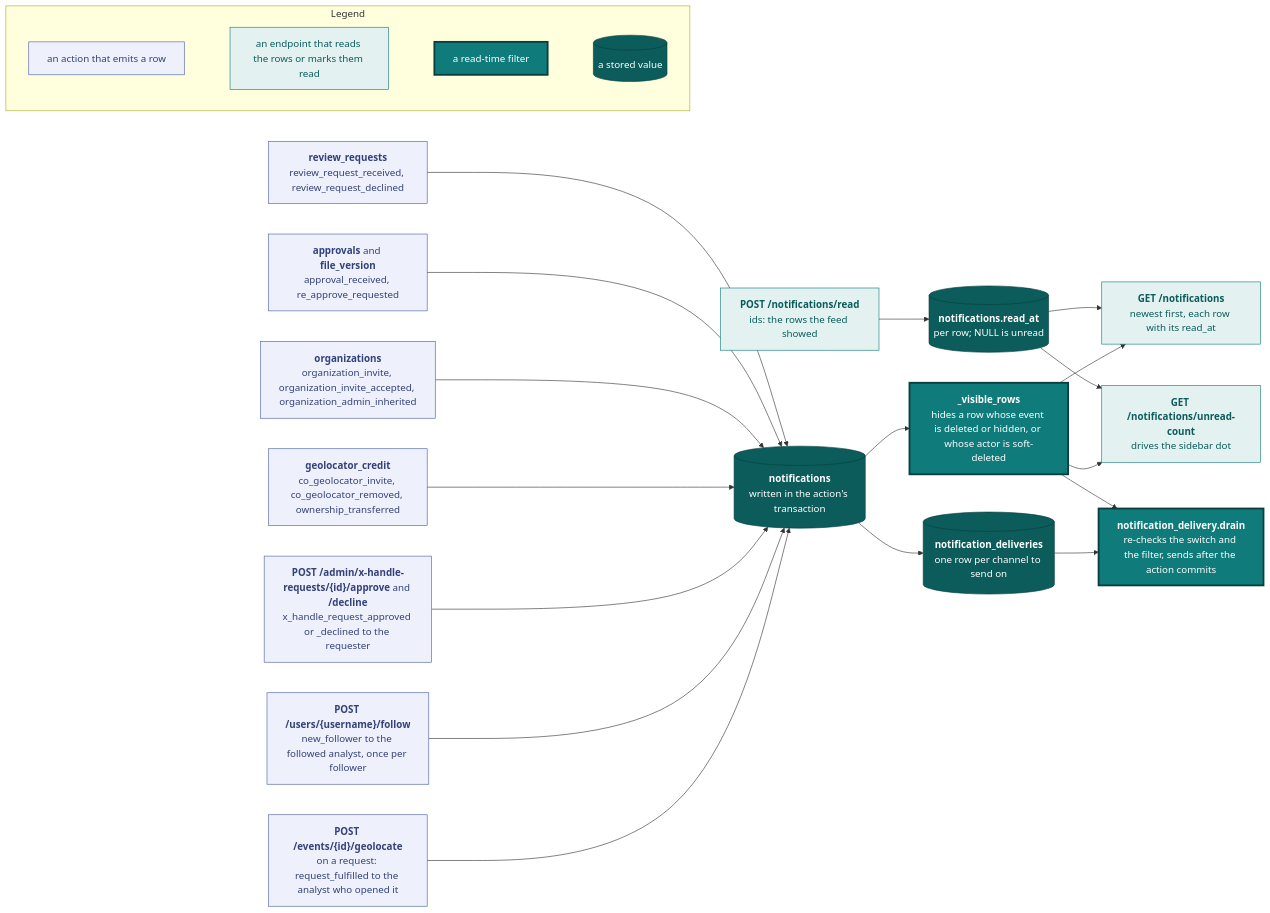
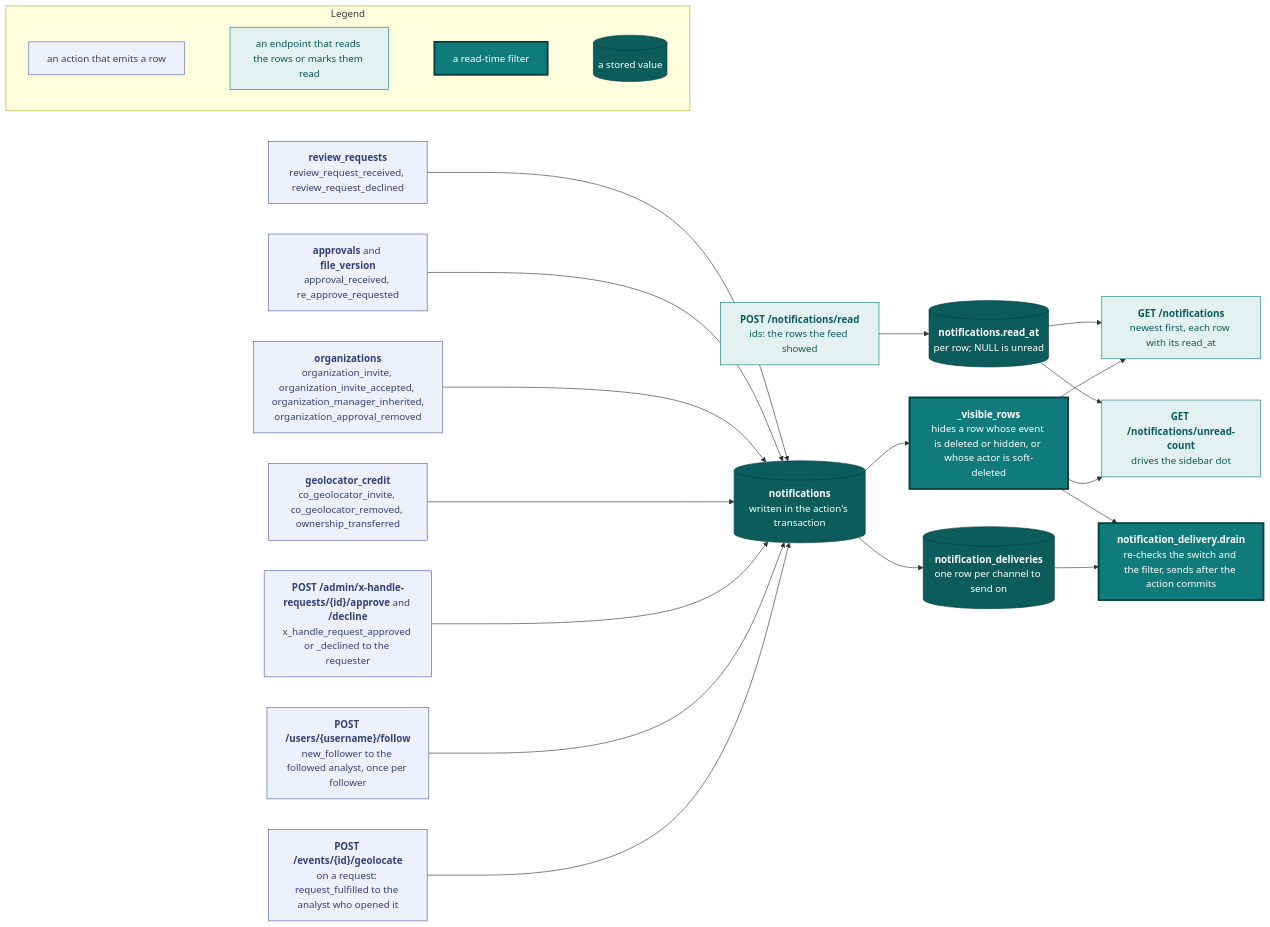
The seventh of 8 diagrams in docs/api.md (vidithq/vidit), drawn with Mermaid before and after one commit. The commit also changed other lines of this file and 120 other files, not shown here.

````diff
--- a/docs/api.md
+++ b/docs/api.md
@@ -2504,63 +2520,64 @@
 ```mermaid
 flowchart LR
   classDef spec fill:#eef1fb,stroke:#4a5fa5,color:#33417a
   classDef shared fill:#e3f2f1,stroke:#0f7b7a,color:#0b5c5b
   classDef core fill:#0f7b7a,stroke:#083f3e,stroke-width:3px,color:#ffffff
   classDef store fill:#0b5c5b,stroke:#083f3e,color:#ffffff
 
   subgraph legend [Legend]
     direction LR
     l1["`an action that emits a row`"]:::spec
     l2["`an endpoint that reads the rows or marks them read`"]:::shared
     l3["`a read-time filter`"]:::core
     l4[("`a stored value`")]:::store
     l1 ~~~ l2 ~~~ l3 ~~~ l4
   end
 
   geolocate["`**POST /events/{id}/geolocate**
   on a request: request_fulfilled to the analyst who opened it`"]:::spec
   follow["`**POST /users/{username}/follow**
   new_follower to the followed analyst, once per follower`"]:::spec
   xhandle["`**POST /admin/x-handle-requests/{id}/approve** and **/decline**
   x_handle_request_approved or _declined to the requester`"]:::spec
   credit["`**geolocator_credit**
   co_geolocator_invite, co_geolocator_removed, ownership_transferred`"]:::spec
   orgs["`**organizations**
-  organization_invite, organization_invite_accepted, organization_admin_inherited`"]:::spec
+  organization_invite, organization_invite_accepted, organization_manager_inherited,
+  organization_approval_removed`"]:::spec
   approvals["`**approvals** and **file_version**
   approval_received, re_approve_requested`"]:::spec
   reviews["`**review_requests**
   review_request_received, review_request_declined`"]:::spec
   rows[("`**notifications**
   written in the action's transaction`")]:::store
   visible["`**_visible_rows**
   hides a row whose event is deleted or hidden, or whose actor is soft-deleted`"]:::core
   feed["`**GET /notifications**
   newest first, each row with its read_at`"]:::shared
   count["`**GET /notifications/unread-count**
   drives the sidebar dot`"]:::shared
   read["`**POST /notifications/read**
   ids: the rows the feed showed`"]:::shared
   readat[("`**notifications.read_at**
   per row; NULL is unread`")]:::store
   queue[("`**notification_deliveries**
   one row per channel to send on`")]:::store
   worker["`**notification_delivery.drain**
   re-checks the switch and the filter, sends after the action commits`"]:::core
 
   geolocate --> rows
   follow --> rows
   xhandle --> rows
   credit --> rows
   orgs --> rows
   approvals --> rows
   reviews --> rows
   rows --> visible
   visible --> feed
   visible --> count
   read --> readat
   readat --> count
   readat --> feed
   rows --> queue --> worker
   visible --> worker
 ```
````
